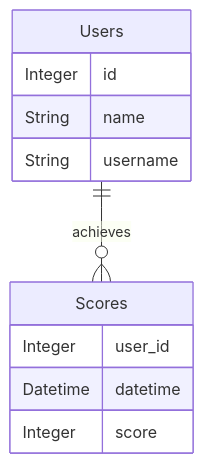
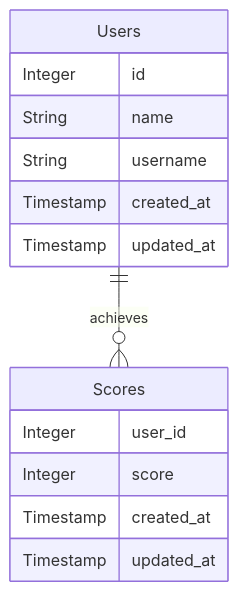
Before and after one commit to pulibrary/Rails-project-Liz: the diagram in MERMAID.md, drawn with Mermaid. The commit also changed 17 other files, not shown here.

````diff
--- a/MERMAID.md
+++ b/MERMAID.md
@@ -1,17 +1,20 @@
 ``` mermaid
 erDiagram
     Users ||--o{ Scores : achieves
     
     Users {
-        Integer id
-        String name
-        String username
+        Integer     id
+        String      name
+        String      username
+        Timestamp   created_at
+        Timestamp   updated_at
     }
 
     Scores {
-        Integer user_id
-        Datetime    datetime
-        Integer score
+        Integer     user_id
+        Integer     score
+        Timestamp   created_at
+        Timestamp   updated_at
     }
 
 ```
````
